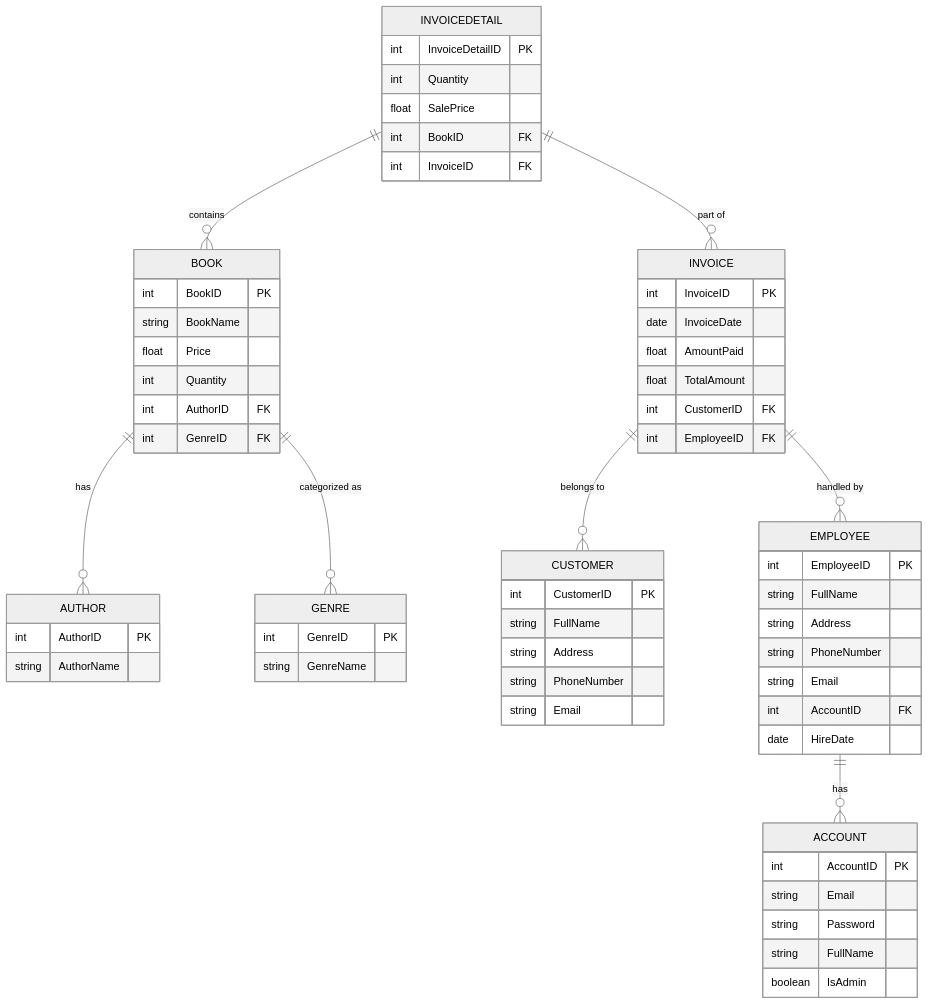
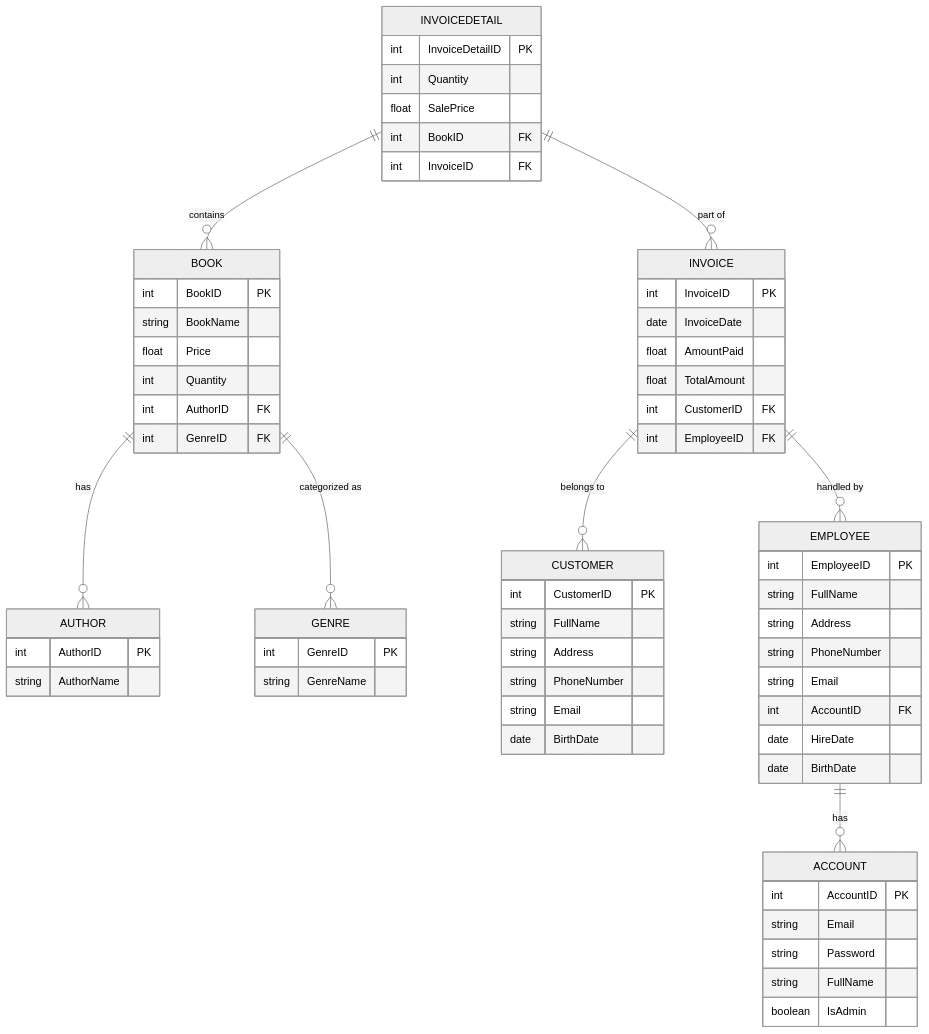
One commit to hoangthanh168/BookStoreManagement changed the diagram in docs/er_diagram.mmd. Above: the diagram before and after it, drawn with Mermaid (neutral theme). The commit also changed other lines of this file, not shown here.

```diff
--- a/docs/er_diagram.mmd
+++ b/docs/er_diagram.mmd
@@ -1,80 +1,82 @@
 erDiagram
 
     %% Book Table (Sach)
     BOOK {
         int BookID PK
         string BookName
         float Price
         int Quantity
         int AuthorID FK
         int GenreID FK
     }
 
     %% Author Table (TacGia)
     AUTHOR {
         int AuthorID PK
         string AuthorName
     }
 
     %% Genre Table (TheLoai)
     GENRE {
         int GenreID PK
         string GenreName
     }
 
     %% Invoice Table (HoaDon)
     INVOICE {
         int InvoiceID PK
         date InvoiceDate
         float AmountPaid
         float TotalAmount
         int CustomerID FK
         int EmployeeID FK
     }
 
     %% Invoice Detail Table (ChiTietHoaDon)
     INVOICEDETAIL {
         int InvoiceDetailID PK
         int Quantity
         float SalePrice
         int BookID FK
         int InvoiceID FK
     }
 
     %% Account Table (TaiKhoan)
     ACCOUNT {
         int AccountID PK
         string Email
         string Password
         string FullName
         boolean IsAdmin
     }
 
     %% Customer Table (KhachHang)
     CUSTOMER {
         int CustomerID PK
         string FullName
         string Address
         string PhoneNumber
         string Email
+        date BirthDate
     }
 
     %% Employee Table (NhanVien)
     EMPLOYEE {
         int EmployeeID PK
         string FullName
         string Address
         string PhoneNumber
         string Email
         int AccountID FK
         date HireDate
+        date BirthDate
     }
 
     %% Relationships
     BOOK ||--o{ AUTHOR : "has"
     BOOK ||--o{ GENRE : "categorized as"
     INVOICE ||--o{ CUSTOMER : "belongs to"
     INVOICE ||--o{ EMPLOYEE : "handled by"
     INVOICEDETAIL ||--o{ BOOK : "contains"
     INVOICEDETAIL ||--o{ INVOICE : "part of"
     EMPLOYEE ||--o{ ACCOUNT : "has"
```
